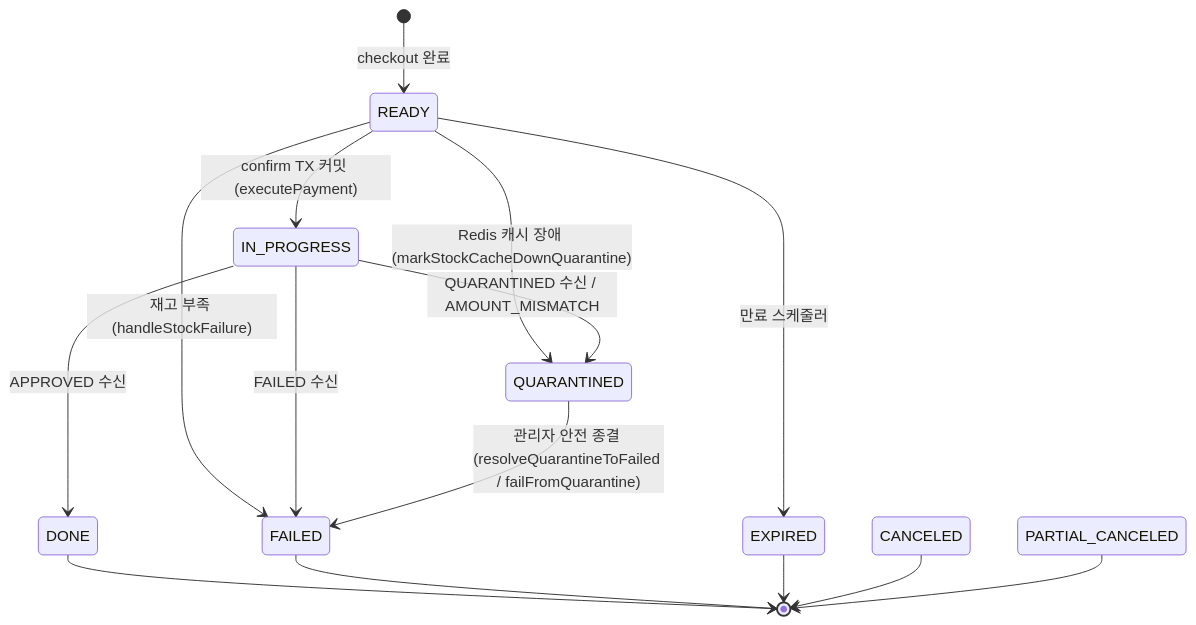
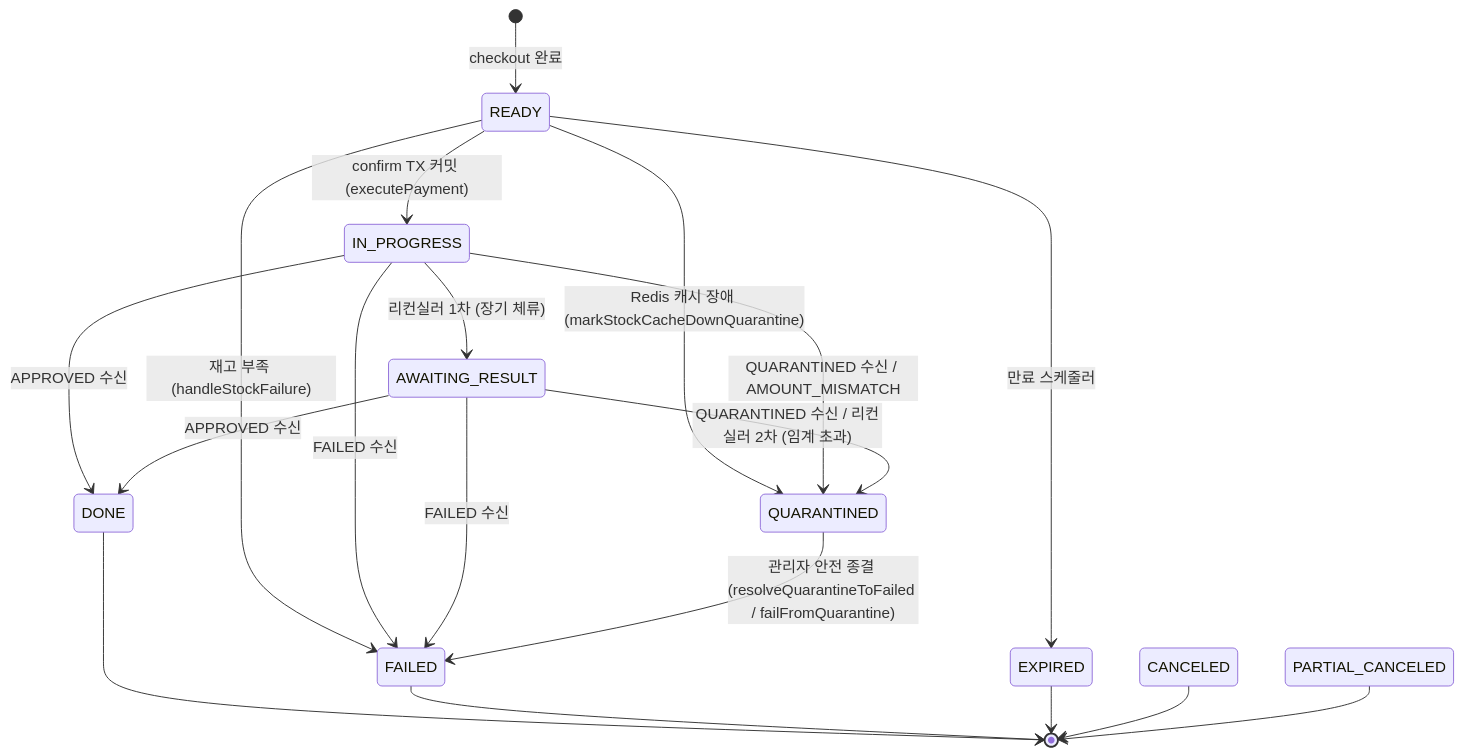
The seventh of 8 diagrams in docs/context/CONFIRM-FLOW.md (hyoguoo/payment-platform), drawn with Mermaid before and after one commit. The commit also changed other lines of this file and 7 other files, not shown here.

````diff
--- a/docs/context/CONFIRM-FLOW.md
+++ b/docs/context/CONFIRM-FLOW.md
@@ -326,21 +321,26 @@
 ```mermaid
 stateDiagram-v2
     [*] --> READY : checkout 완료
 
     READY --> IN_PROGRESS : confirm TX 커밋 (executePayment)
     READY --> EXPIRED : 만료 스케줄러
     READY --> FAILED : 재고 부족 (handleStockFailure)
     READY --> QUARANTINED : Redis 캐시 장애 (markStockCacheDownQuarantine)
 
     IN_PROGRESS --> DONE : APPROVED 수신
     IN_PROGRESS --> FAILED : FAILED 수신
     IN_PROGRESS --> QUARANTINED : QUARANTINED 수신 / AMOUNT_MISMATCH
+    IN_PROGRESS --> AWAITING_RESULT : 리컨실러 1차 (장기 체류)
+
+    AWAITING_RESULT --> DONE : APPROVED 수신
+    AWAITING_RESULT --> FAILED : FAILED 수신
+    AWAITING_RESULT --> QUARANTINED : QUARANTINED 수신 / 리컨실러 2차 (임계 초과)
 
     QUARANTINED --> FAILED : 관리자 안전 종결 (resolveQuarantineToFailed / failFromQuarantine)
 
     DONE --> [*]
     FAILED --> [*]
     EXPIRED --> [*]
     CANCELED --> [*]
     PARTIAL_CANCELED --> [*]
 ```
````
